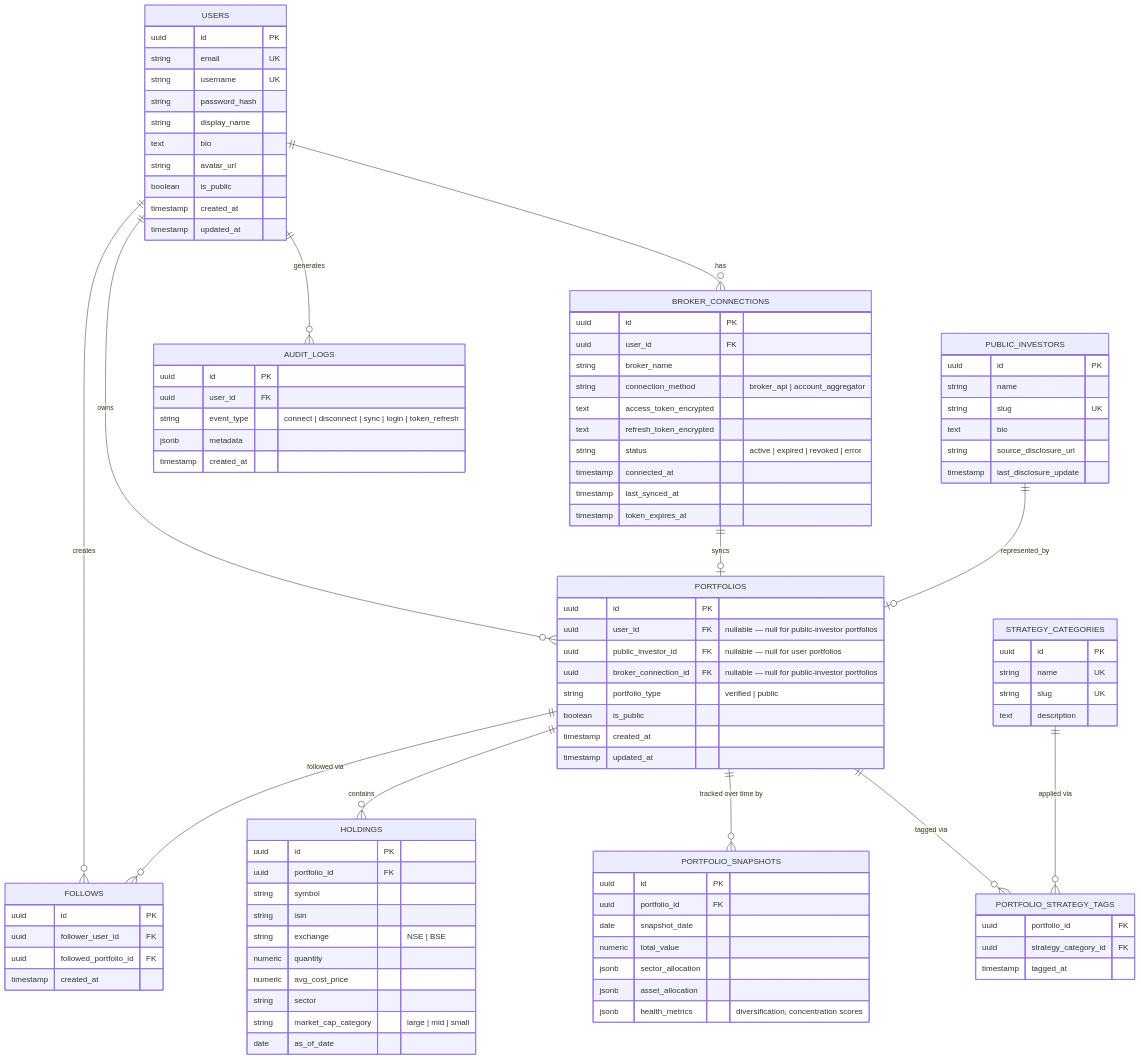
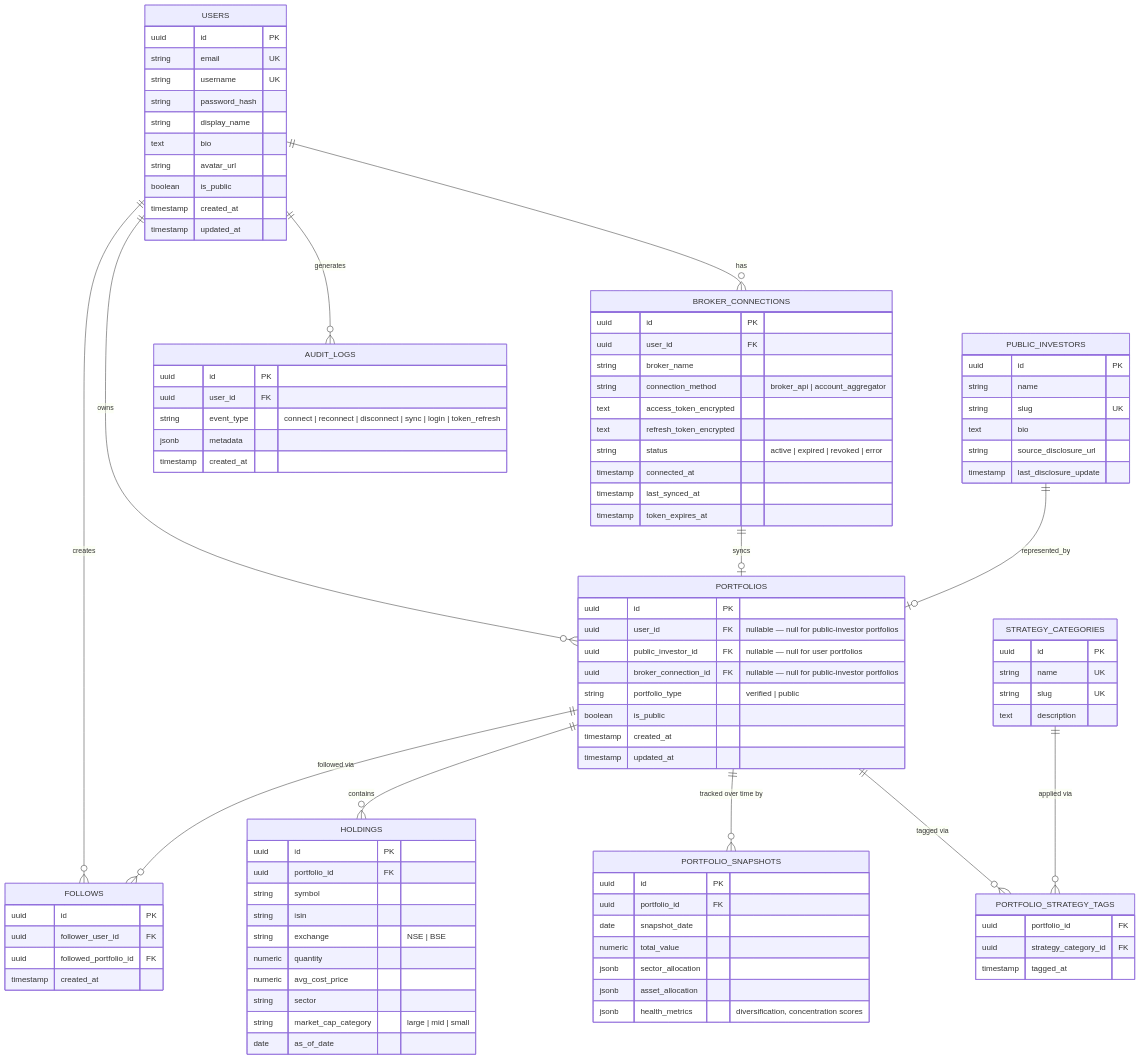
Before and after one commit to ChandanSurya96/Nexarch-project: the diagram in docs/database.md, drawn with Mermaid. The commit also changed 50 other files, not shown here.

```diff
--- a/docs/database.md
+++ b/docs/database.md
@@ -112,7 +112,7 @@
     AUDIT_LOGS {
         uuid id PK
         uuid user_id FK
-        string event_type "connect | disconnect | sync | login | token_refresh"
+        string event_type "connect | reconnect | disconnect | sync | login | token_refresh"
         jsonb metadata
         timestamp created_at
     }
```
